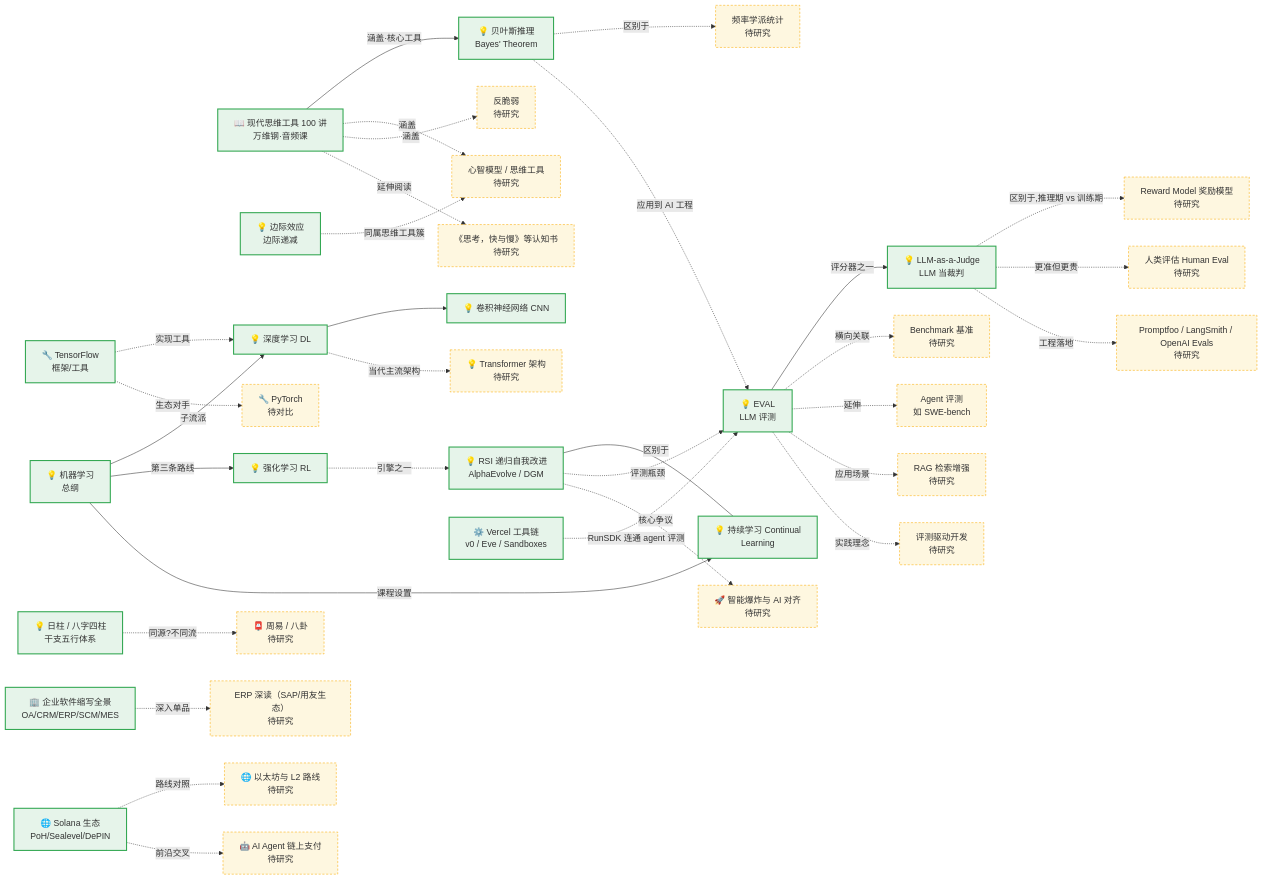
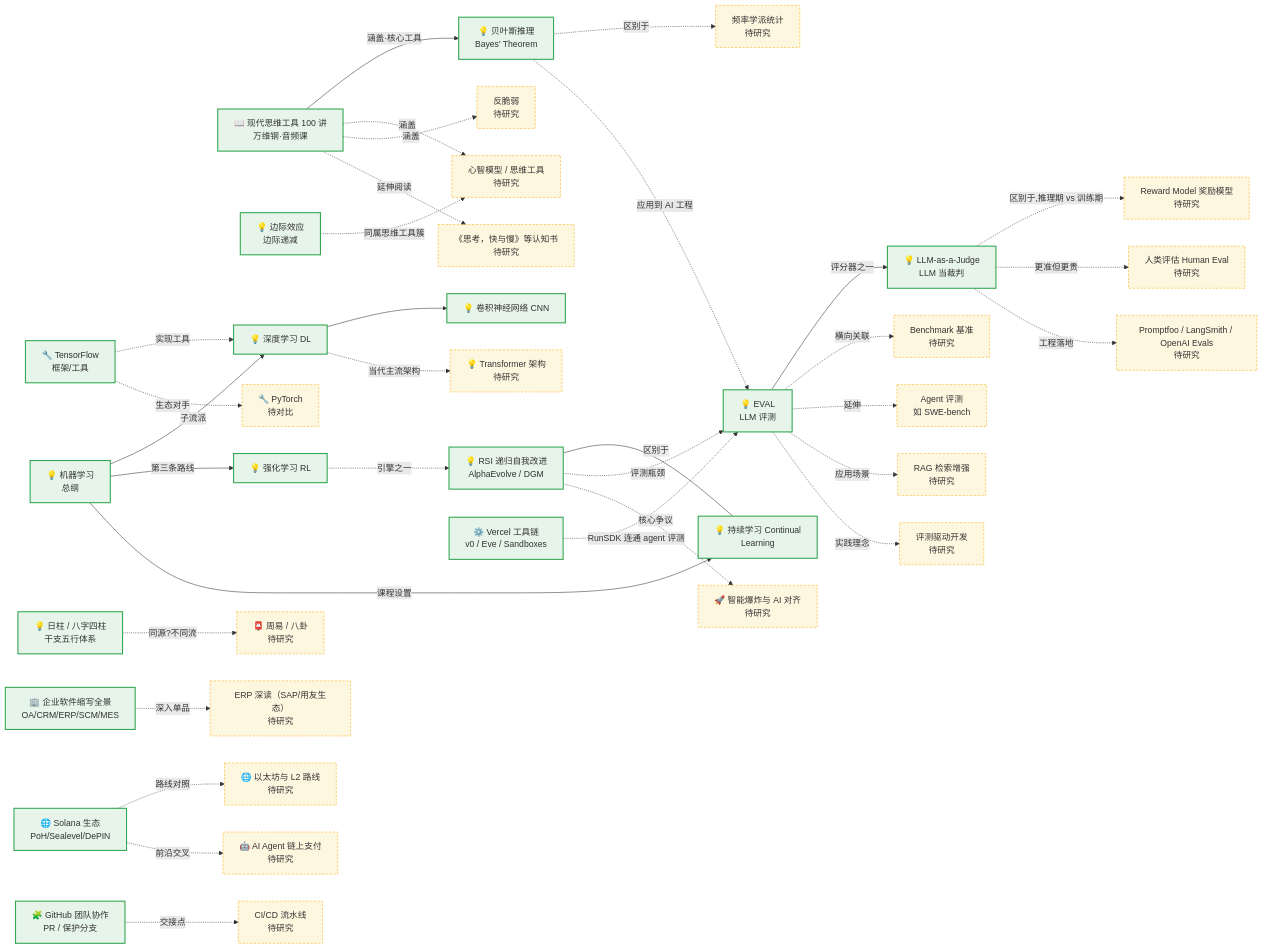
Before and after one commit to 1739467001-svg/info-search: the diagram in relations.md, drawn with Mermaid. The commit also changed other lines of this file and 2 other files, not shown here.

Commit message:
docs: 新增《GitHub团队协作》3人实战专题(官方4文档核实)，恢复回复以MD文档形式输出约定

````diff
--- a/relations.md
+++ b/relations.md
@@ -7,77 +7,82 @@
 ```mermaid
 graph LR
     EVAL["💡 EVAL<br/>LLM 评测"]:::done
     J["💡 LLM-as-a-Judge<br/>LLM 当裁判"]:::done
     BOOK["📖 现代思维工具 100 讲<br/>万维钢·音频课"]:::done
     BAY["💡 贝叶斯推理<br/>Bayes' Theorem"]:::done
 
     EVAL -->|评分器之一| J
     BAY -.->|区别于| FREQ["频率学派统计<br/>待研究"]
     J -.->|区别于,推理期 vs 训练期| RM["Reward Model 奖励模型<br/>待研究"]
     J -.->|更准但更贵| HMAN["人类评估 Human Eval<br/>待研究"]
     EVAL -.->|横向关联| BENCH["Benchmark 基准<br/>待研究"]
     EVAL -.->|延伸| AGENT["Agent 评测<br/>如 SWE-bench"]
     EVAL -.->|应用场景| RAG["RAG 检索增强<br/>待研究"]
     EVAL -.->|实践理念| EDD["评测驱动开发<br/>待研究"]
     J -.->|工程落地| TOOL["Promptfoo / LangSmith / OpenAI Evals<br/>待研究"]
 
     BOOK -->|涵盖·核心工具| BAY
     BOOK -.->|涵盖| FWK["心智模型 / 思维工具<br/>待研究"]
     BOOK -.->|涵盖| ANTF["反脆弱<br/>待研究"]
     BOOK -.->|延伸阅读| TBOOK["《思考，快与慢》等认知书<br/>待研究"]
     BIAN["💡 边际效应<br/>边际递减"]:::done
     BIAN -.->|同属思维工具簇| FWK
 
     ML["💡 机器学习<br/>总纲"]:::done
     DL["💡 深度学习 DL"]:::done
     CNN["💡 卷积神经网络 CNN"]:::done
     TF["🔧 TensorFlow<br/>框架/工具"]:::done
     RL["💡 强化学习 RL"]:::done
     CL["💡 持续学习 Continual<br/>Learning"]:::done
     TR["💡 Transformer 架构<br/>待研究"]:::td
     PT["🔧 PyTorch<br/>待对比"]:::td
 
     ML -->|子流派| DL
     ML -->|第三条路线| RL
     ML -->|课程设置| CL
     DL --> CNN
     DL -.->|当代主流架构| TR
     TF -.->|实现工具| DL
     TF -.->|生态对手| PT
 
     RIZ["💡 日柱 / 八字四柱<br/>干支五行体系"]:::done
     BAG["📮 周易 / 八卦<br/>待研究"]:::td
     RIZ -.->|同源?不同流| BAG
 
     RSI["💡 RSI 递归自我改进<br/>AlphaEvolve / DGM"]:::done
     IE["🚀 智能爆炸与 AI 对齐<br/>待研究"]:::td
     RL -.->|引擎之一| RSI
     RSI ---|区别于| CL
     RSI -.->|评测瓶颈| EVAL
     RSI -.->|核心争议| IE
 
     ENT["🏢 企业软件缩写全景<br/>OA/CRM/ERP/SCM/MES"]:::done
     ERPD["ERP 深读（SAP/用友生态）<br/>待研究"]:::td
     ENT -.->|深入单品| ERPD
 
     SOL["🌐 Solana 生态<br/>PoH/Sealevel/DePIN"]:::done
     ETHC["🌐 以太坊与 L2 路线<br/>待研究"]:::td
     AIAGENT["🤖 AI Agent 链上支付<br/>待研究"]:::td
     SOL -.->|路线对照| ETHC
     SOL -.->|前沿交叉| AIAGENT
 
     VZ["⚙️ Vercel 工具链<br/>v0 / Eve / Sandboxes"]:::done
     VZ -.->|RunSDK 连通 agent 评测| EVAL
+
+    GH["🧩 GitHub 团队协作<br/>PR / 保护分支"]:::done
+    GHC["CI/CD 流水线<br/>待研究"]:::td
+    GH -.->|交接点| GHC
     BAY -.->|应用到 AI 工程| EVAL
 
     classDef done fill:#e6f4ea,stroke:#34a853,stroke-width:2px;
     classDef td fill:#fef7e0,stroke:#f9ab00,stroke-width:1px,stroke-dasharray: 4 3;
 class EVAL,J,BOOK,BAY,BIAN done;
 class ML,DL,CNN,TF,RL,CL done;
 class RIZ done;
 class RSI done;
 class ENT done;
 class SOL done;
 class VZ done;
-class TR,PT,BAG,IE,ERPD,ETHC,AIAGENT,FREQ,RM,HMAN,BENCH,AGENT,RAG,EDD,TOOL,FWK,ANTF,TBOOK td;
+class GH done;
+class TR,PT,BAG,IE,ERPD,ETHC,AIAGENT,GHC,FREQ,RM,HMAN,BENCH,AGENT,RAG,EDD,TOOL,FWK,ANTF,TBOOK td;
 ```
````
